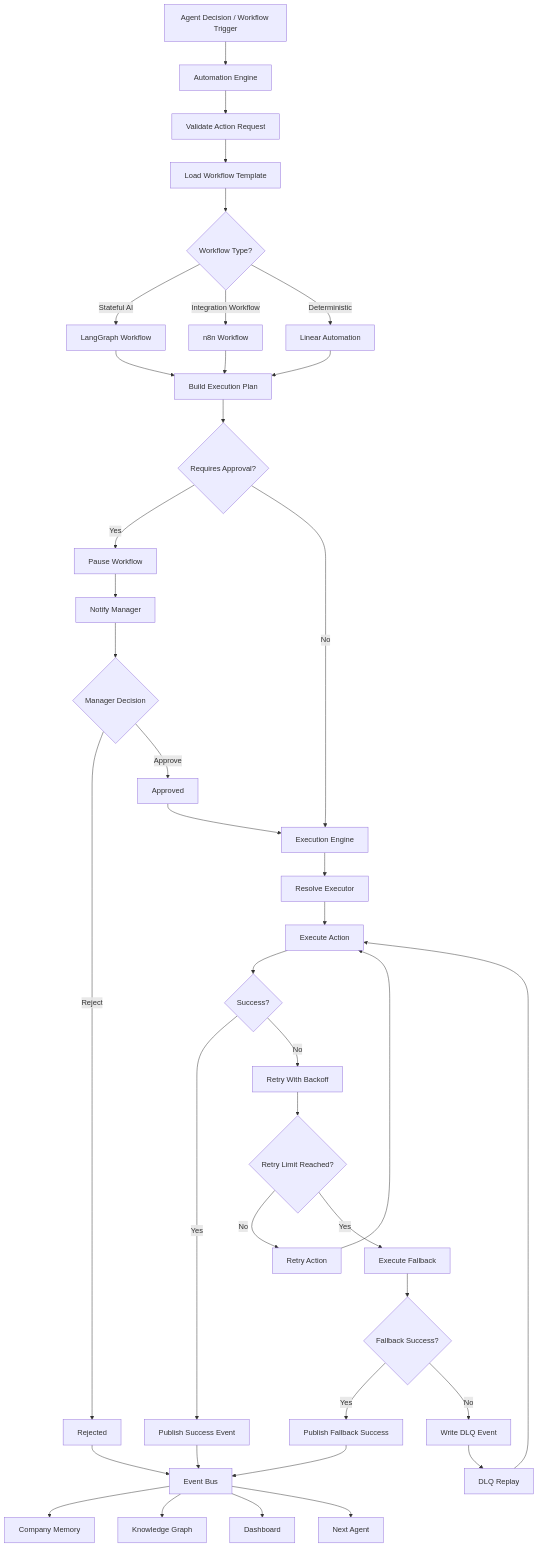
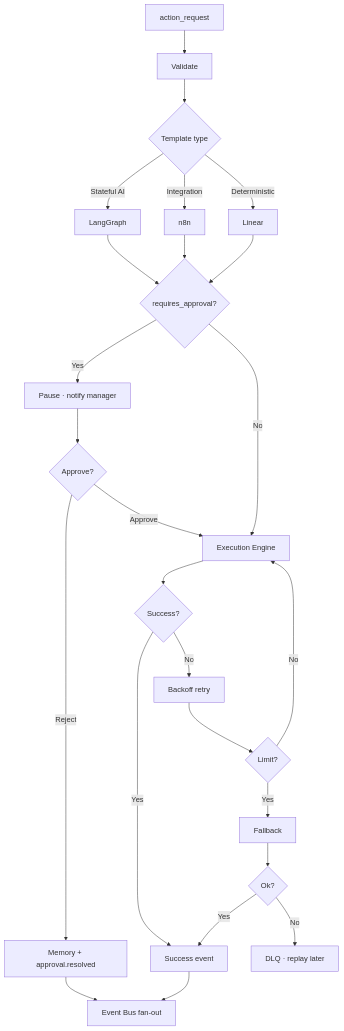
The eighth of 8 diagrams in plans/IREIOS_3.0_AI_Automation_Workflows.md (imperiondata/real-estate-ai-lead-agent), drawn with Mermaid before and after one commit. The commit also changed other lines of this file and 2 other files, not shown here.

Commit message:
docs: updated architecture diagrams and implementation plans based on current scope and requirements

````diff
--- a/plans/IREIOS_3.0_AI_Automation_Workflows.md
+++ b/plans/IREIOS_3.0_AI_Automation_Workflows.md
@@ -568,28 +252,24 @@
-``` mermaid
+```mermaid
 flowchart TD
- A1[Agent Decision / Workflow Trigger] --> A2[Automation Engine]
- A2 --> A3[Validate Action Request] --> A4[Load Workflow Template]
- A4 --> T{Workflow Type?}
- T -->|Stateful AI| LG[LangGraph Workflow]
- T -->|Integration Workflow| N8N[n8n Workflow]
- T -->|Deterministic| LIN[Linear Automation]
- LG --> PLAN[Build Execution Plan]
- N8N --> PLAN
- LIN --> PLAN
- PLAN --> AP{Requires Approval?}
- AP -->|Yes| PAUSE[Pause Workflow] --> NOT[Notify Manager] --> MD{Manager Decision}
- MD -->|Reject| REJ[Rejected] --> EB[Event Bus]
- MD -->|Approve| APP[Approved] --> EE[Execution Engine]
- AP -->|No| EE
- EE --> RES[Resolve Executor] --> EXEC[Execute Action] --> OK{Success?}
- OK -->|Yes| SUCCESS[Publish Success Event] --> EB
- OK -->|No| RETRY[Retry With Backoff] --> LIMIT{Retry Limit Reached?}
- LIMIT -->|No| AGAIN[Retry Action] --> EXEC
- LIMIT -->|Yes| FALL[Execute Fallback] --> FOK{Fallback Success?}
- FOK -->|Yes| FS[Publish Fallback Success] --> EB
- FOK -->|No| DLQ[Write DLQ Event] --> REPLAY[DLQ Replay] --> EXEC
- EB --> MEM[Company Memory]
- EB --> KG[Knowledge Graph]
- EB --> DASH[Dashboard]
- EB --> NEXT[Next Agent]
+  A1[action_request] --> A2[Validate]
+  A2 --> A3{Template type}
+  A3 -->|Stateful AI| LG[LangGraph]
+  A3 -->|Integration| N8N[n8n]
+  A3 -->|Deterministic| LIN[Linear]
+  LG & N8N & LIN --> A4{requires_approval?}
+  A4 -->|Yes| PAUSE[Pause · notify manager]
+  PAUSE --> MD{Approve?}
+  MD -->|Reject| REJ[Memory + approval.resolved]
+  MD -->|Approve| EE[Execution Engine]
+  A4 -->|No| EE
+  EE --> OK{Success?}
+  OK -->|Yes| OKS[Success event]
+  OK -->|No| RETRY[Backoff retry]
+  RETRY --> LIM{Limit?}
+  LIM -->|No| EE
+  LIM -->|Yes| FB[Fallback]
+  FB --> FOK{Ok?}
+  FOK -->|Yes| OKS
+  FOK -->|No| DLQ[DLQ · replay later]
+  OKS & REJ --> BUS[Event Bus fan-out]
 ```
````
